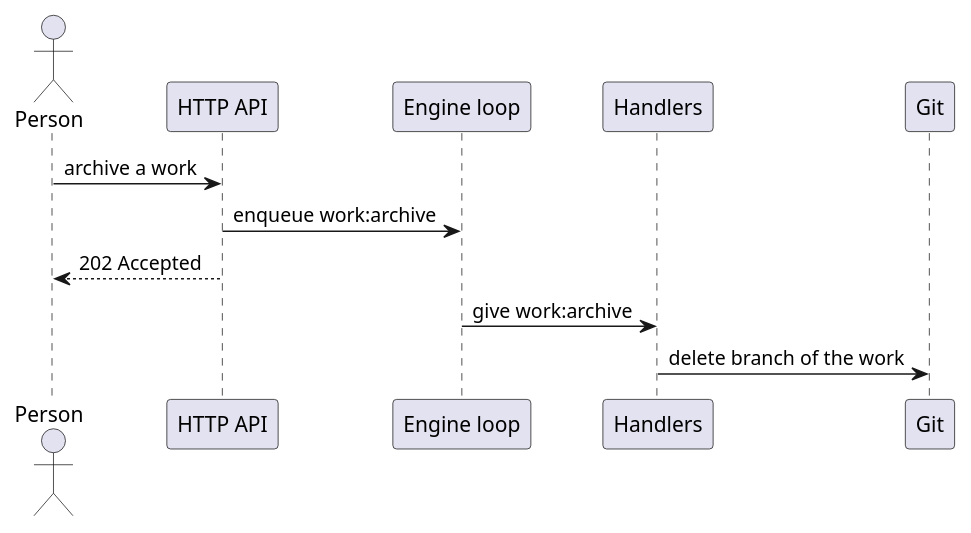
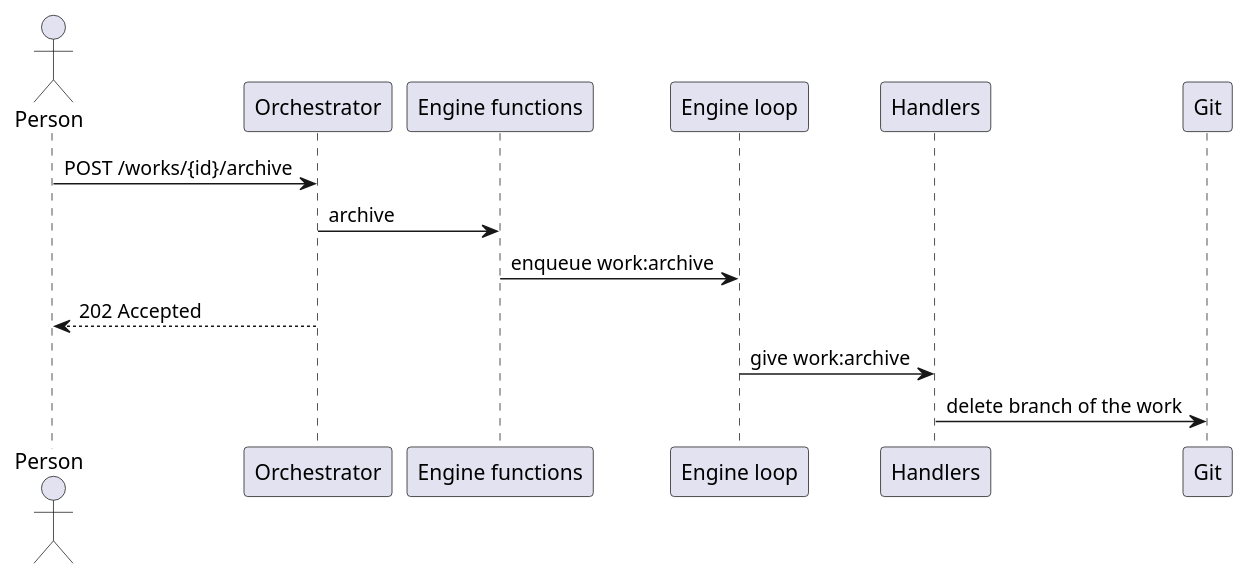
Before and after one commit to longlh/superteam: the third of 4 diagrams in docs/06_runtime/action-flow.md, drawn with PlantUML. The commit also changed other lines of this file and 30 other files, not shown here.

````diff
--- a/docs/06_runtime/action-flow.md
+++ b/docs/06_runtime/action-flow.md
@@ -170,15 +188,17 @@
 ```plantuml
 @startuml
 actor Person
-participant "HTTP API" as API
+participant "Orchestrator" as Orch
+participant "Engine functions" as Fn
 participant "Engine loop" as EL
 participant "Handlers" as Handler
 participant Git
 
-Person -> API : archive a work
-API -> EL : enqueue work:archive
-API --> Person : 202 Accepted
+Person -> Orch : POST /works/{id}/archive
+Orch -> Fn : archive
+Fn -> EL : enqueue work:archive
+Orch --> Person : 202 Accepted
 EL -> Handler : give work:archive
 Handler -> Git : delete branch of the work
 @enduml
 ```
````
